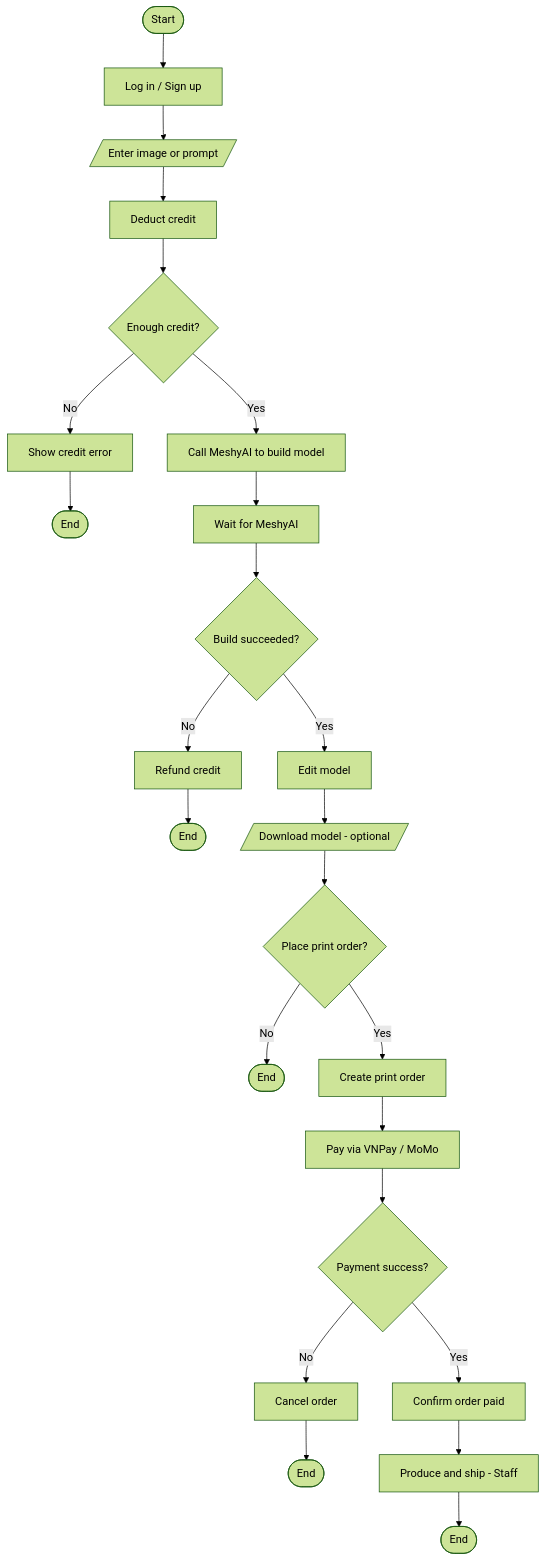
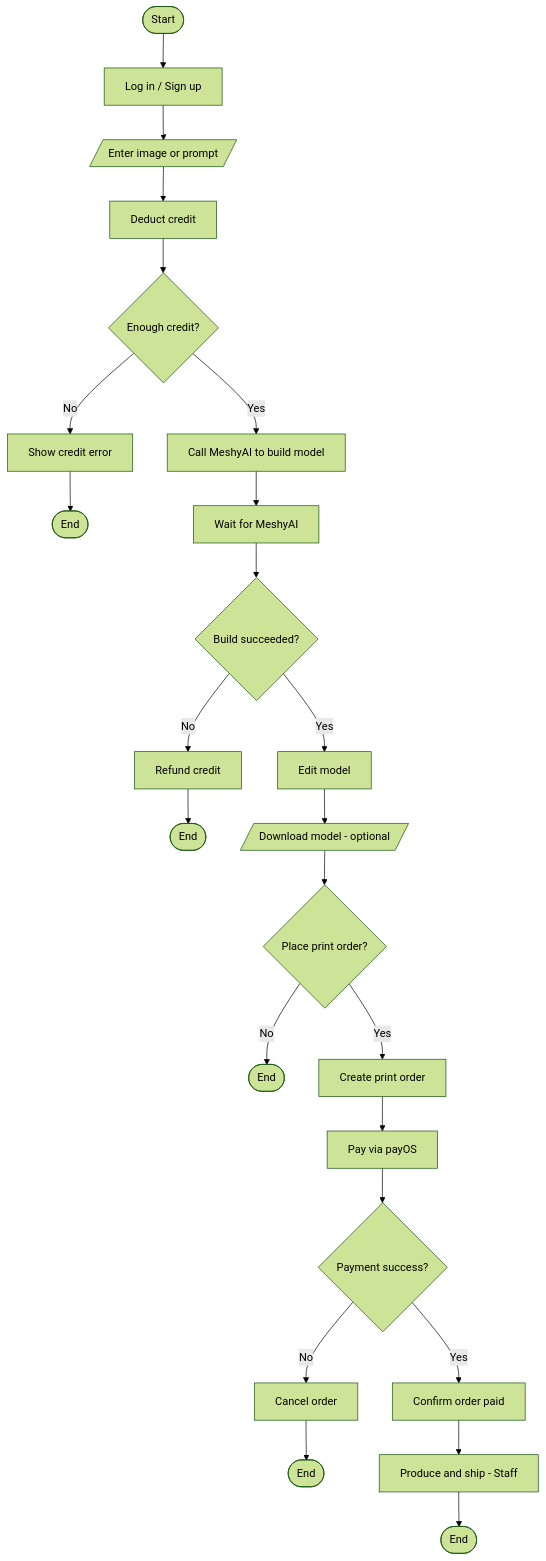
The diagram in docs/main-flow.mermaid (Lucius711/InnerStyle-Backend), drawn with Mermaid (forest theme) before and after one commit. The commit also changed 38 other files, not shown here.

Commit message:
feat : change vnpay to payOS

```diff
--- a/docs/main-flow.mermaid
+++ b/docs/main-flow.mermaid
@@ -1,36 +1,36 @@
 %% InnerStyle - Main business flow (standard flowchart)
 %% Oval = Start/End | Rectangle = Process (verb) | Diamond = Decision (Yes/No) | Parallelogram = I/O
 %% Single direction, top -> bottom. Every exit branch ends at an End.
 %% Note: downloading the model does NOT change state - the model stays SUCCEEDED in the
 %% library, so the user can download AND still place a print order. Download is an optional
 %% step; "Place print order?" is the real decision.
 flowchart TD
 
     START([Start]) --> P1[Log in / Sign up]
     P1 --> IO1[/Enter image or prompt/]
     IO1 --> P2[Deduct credit]
     P2 --> D1{Enough credit?}
 
     D1 -- No --> E1[Show credit error] --> END1([End])
     D1 -- Yes --> P3[Call MeshyAI to build model]
 
     P3 --> P4[Wait for MeshyAI]
     P4 --> D2{Build succeeded?}
 
     D2 -- No --> E2[Refund credit] --> END2([End])
     D2 -- Yes --> P5[Edit model]
 
     P5 --> IO2[/Download model - optional/]
     IO2 --> D3{Place print order?}
 
     D3 -- No --> END3([End])
     D3 -- Yes --> P6[Create print order]
 
-    P6 --> P7[Pay via VNPay / MoMo]
+    P6 --> P7[Pay via payOS]
     P7 --> D4{Payment success?}
 
     D4 -- No --> E4[Cancel order] --> END4([End])
     D4 -- Yes --> P8[Confirm order paid]
 
     P8 --> P9[Produce and ship - Staff]
     P9 --> END([End])
```
